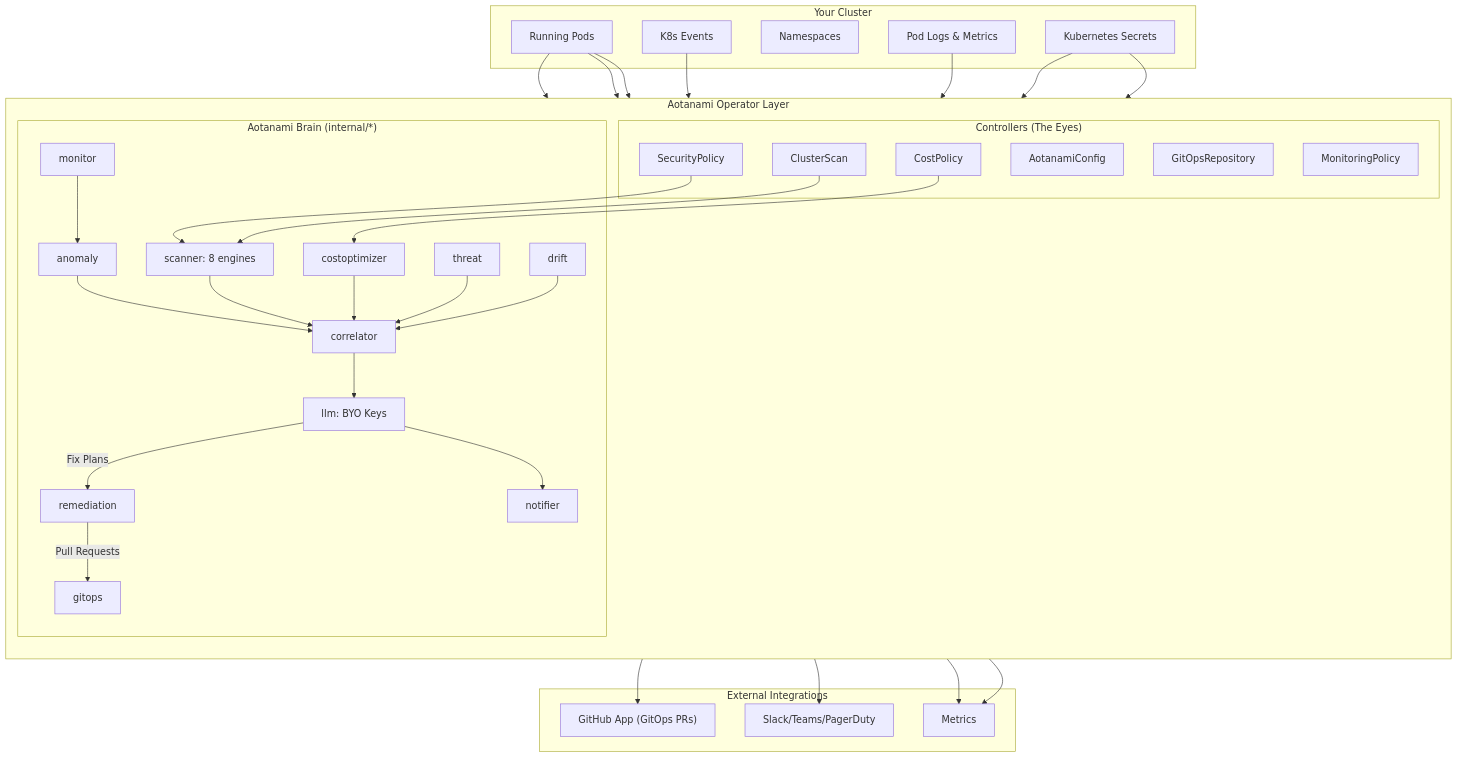
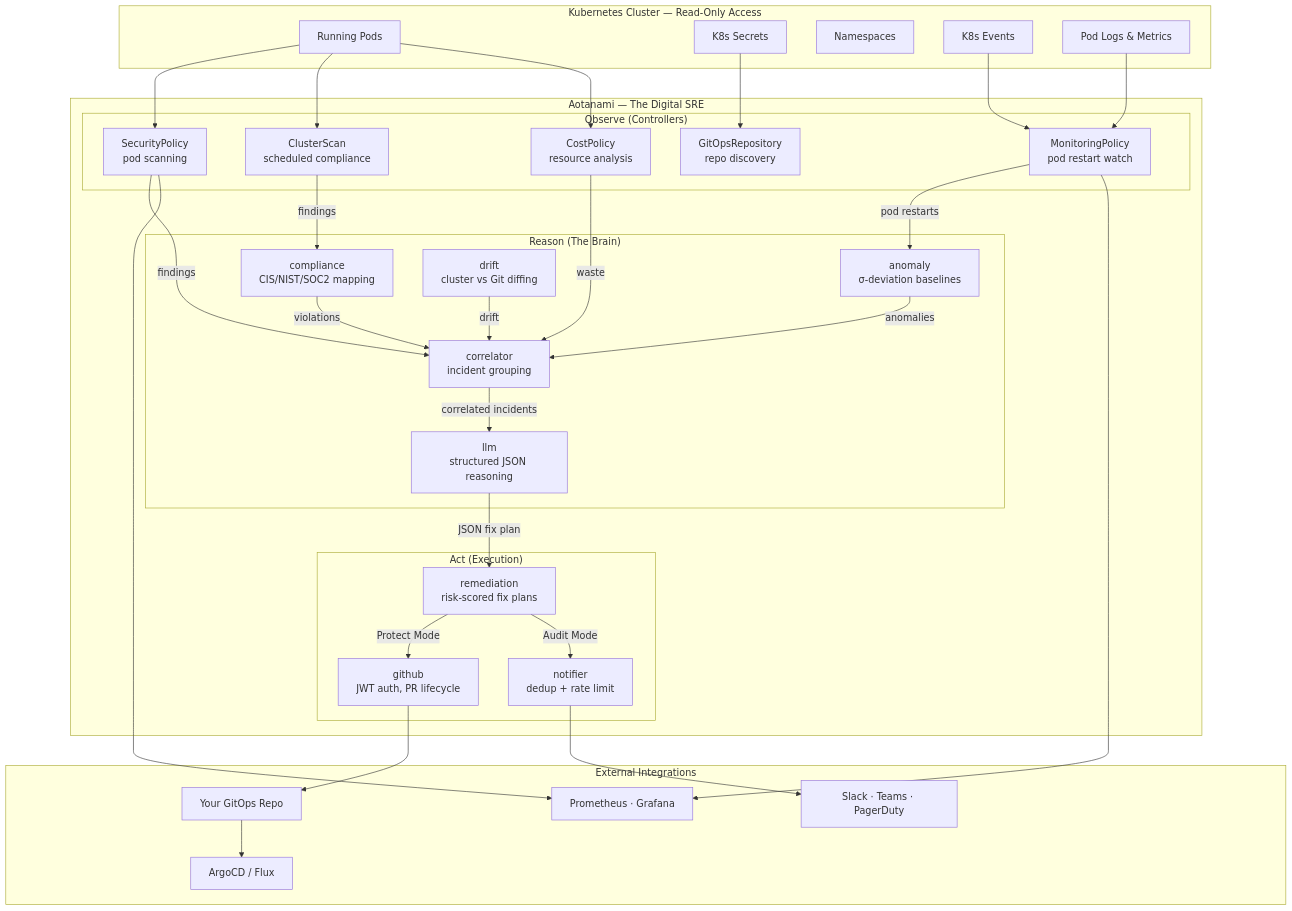
The first of 2 diagrams in docs/architecture.md (aotanami/aotanami), drawn with Mermaid before and after one commit. The commit also changed other lines of this file and 49 other files, not shown here.

Commit message:
feat: Add GitHub integration and enhance GitOps repository management with new source and discovery mechanisms.

````diff
--- a/docs/architecture.md
+++ b/docs/architecture.md
@@ -23,62 +23,63 @@
 ```mermaid
 graph TB
-    subgraph "Your Cluster"
+    subgraph "Kubernetes Cluster — Read-Only Access"
         Pods[Running Pods]
-        Secrets[Kubernetes Secrets]
+        Secrets[K8s Secrets]
         NS[Namespaces]
         Events[K8s Events]
         Logs[Pod Logs & Metrics]
     end
 
-    subgraph "Aotanami Operator Layer"
-        direction TB
-
-        subgraph "Controllers (The Eyes)"
-            ConfigCtrl[AotanamiConfig]
-            SecPolCtrl[SecurityPolicy]
-            ScanCtrl[ClusterScan]
-            CostCtrl[CostPolicy]
-            GitCtrl[GitOpsRepository]
-            MonCtrl[MonitoringPolicy]
+    subgraph "Aotanami — The Digital SRE"
+        subgraph "Observe (Controllers)"
+            SecPolCtrl["SecurityPolicy<br/>pod scanning"]
+            MonCtrl["MonitoringPolicy<br/>pod restart watch"]
+            ScanCtrl["ClusterScan<br/>scheduled compliance"]
+            CostCtrl["CostPolicy<br/>resource analysis"]
+            GitCtrl["GitOpsRepository<br/>repo discovery"]
         end
 
-        subgraph "Aotanami Brain (internal/*)"
-            Watch[monitor]
-            Scan[scanner: 8 engines]
-            Anomaly[anomaly]
-            Cost[costoptimizer]
-            Threat[threat]
-            Drift[drift]
-            Correlator[correlator]
-            LLM[llm: BYO Keys]
-            Remediation[remediation]
-            GitOps[gitops]
-            Notify[notifier]
+        subgraph "Reason (The Brain)"
+            AD["anomaly<br/>σ-deviation baselines"]
+            CE["correlator<br/>incident grouping"]
+            CF["compliance<br/>CIS/NIST/SOC2 mapping"]
+            LD["drift<br/>cluster vs Git diffing"]
+            LLM["llm<br/>structured JSON reasoning"]
+        end
+
+        subgraph "Act (Execution)"
+            RE["remediation<br/>risk-scored fix plans"]
+            GH["github<br/>JWT auth, PR lifecycle"]
+            NF["notifier<br/>dedup + rate limit"]
         end
     end
 
     subgraph "External Integrations"
-        GitHub["GitHub App (GitOps PRs)"]
-        Alerts["Slack/Teams/PagerDuty"]
-        Prometheus["Metrics"]
+        GitHub["Your GitOps Repo"]
+        Alerts["Slack · Teams · PagerDuty"]
+        Prometheus["Prometheus · Grafana"]
+        ArgoFlux["ArgoCD / Flux"]
     end
 
     Pods --> SecPolCtrl & ScanCtrl & CostCtrl
-    Events & Logs --> Watch
-    Secrets --> ConfigCtrl & GitCtrl
+    Events & Logs --> MonCtrl
+    Secrets --> GitCtrl
 
-    SecPolCtrl & ScanCtrl --> Scan
-    CostCtrl --> Cost
+    SecPolCtrl -->|findings| CE
+    MonCtrl -->|pod restarts| AD
+    ScanCtrl -->|findings| CF
+    AD -->|anomalies| CE
+    CF -->|violations| CE
+    CostCtrl -->|waste| CE
+    LD -->|drift| CE
 
-    Watch --> Anomaly
-    Scan & Anomaly & Cost & Threat & Drift --> Correlator
-    Correlator --> LLM
+    CE -->|correlated incidents| LLM
+    LLM -->|JSON fix plan| RE
 
-    LLM -->|Fix Plans| Remediation
-    Remediation -->|Pull Requests| GitOps
-    GitOps --> GitHub
-
-    LLM --> Notify
-    Notify --> Alerts
-    Watch & Scan --> Prometheus
+    RE -->|Protect Mode| GH
+    RE -->|Audit Mode| NF
+    GH --> GitHub
+    GitHub --> ArgoFlux
+    NF --> Alerts
+    SecPolCtrl & MonCtrl --> Prometheus
 ```
````
